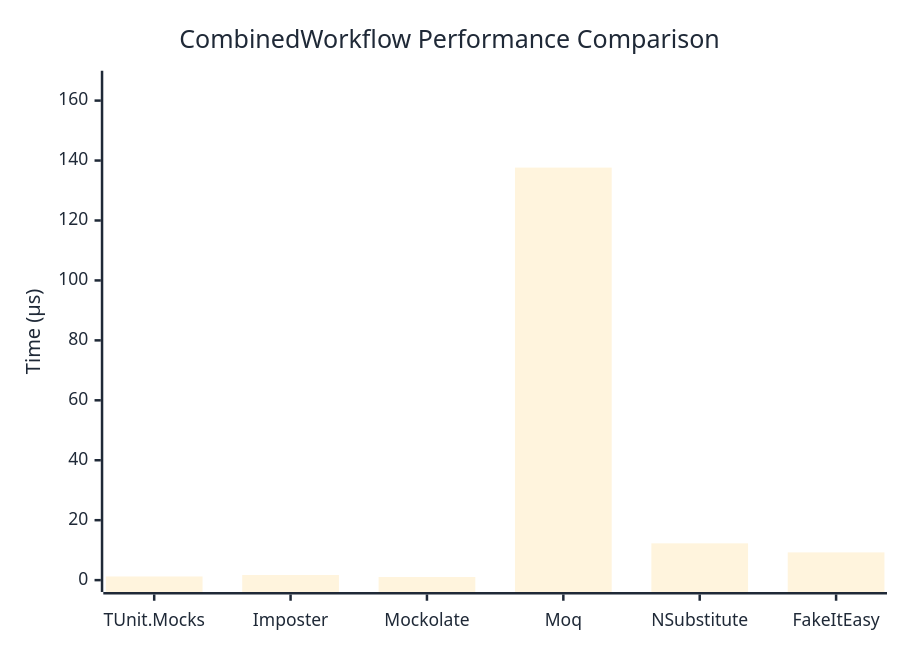
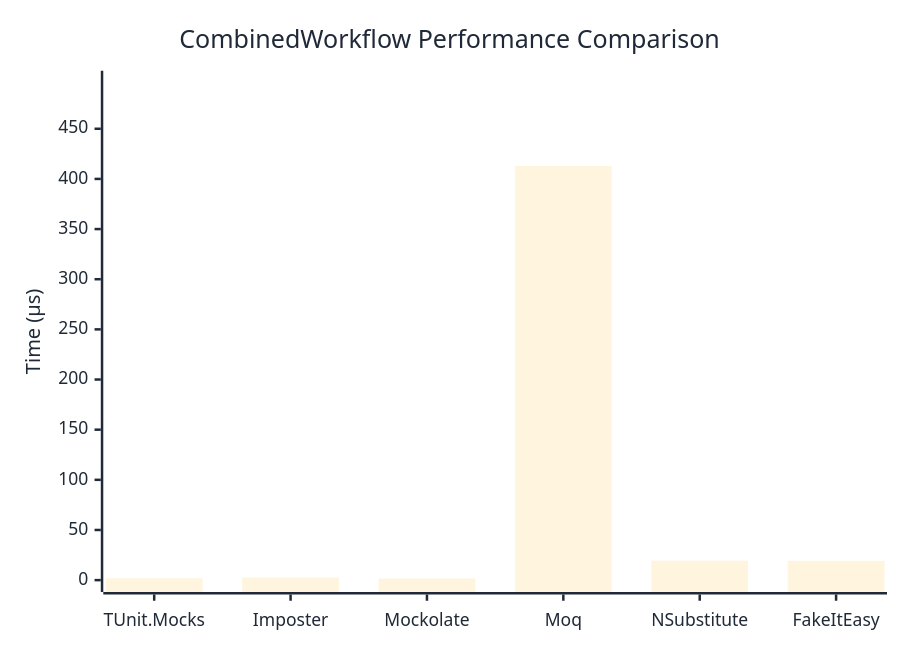
One commit to zion-sati/TUnit-NetWasm changed the diagram in docs/docs/benchmarks/mocks/CombinedWorkflow.md. Above: the diagram before and after it, drawn with Mermaid. The commit also changed other lines of this file and 294 other files, not shown here.

````diff
--- a/docs/docs/benchmarks/mocks/CombinedWorkflow.md
+++ b/docs/docs/benchmarks/mocks/CombinedWorkflow.md
@@ -30,27 +30,27 @@
 ```mermaid
 %%{init: {
   'theme':'base',
   'themeVariables': {
     'primaryColor': '#2563eb',
     'primaryTextColor': '#1f2937',
     'primaryBorderColor': '#1e40af',
     'lineColor': '#6b7280',
     'secondaryColor': '#7c3aed',
     'tertiaryColor': '#dc2626',
     'background': '#ffffff',
     'pie1': '#2563eb',
     'pie2': '#7c3aed',
     'pie3': '#dc2626',
     'pie4': '#f59e0b',
     'pie5': '#10b981',
     'pie6': '#06b6d4',
     'pie7': '#ec4899',
     'pie8': '#6366f1'
   }
 }}%%
 xychart-beta
   title "CombinedWorkflow Performance Comparison"
   x-axis ["TUnit.Mocks", "Imposter", "Mockolate", "Moq", "NSubstitute", "FakeItEasy"]
-  y-axis "Time (μs)" 0 --> 166
-  bar [1.221, 1.711, 1.045, 137.647, 12.273, 9.255]
+  y-axis "Time (μs)" 0 --> 496
+  bar [1.845, 2.595, 1.615, 412.817, 19.352, 19.245]
 ```
````
